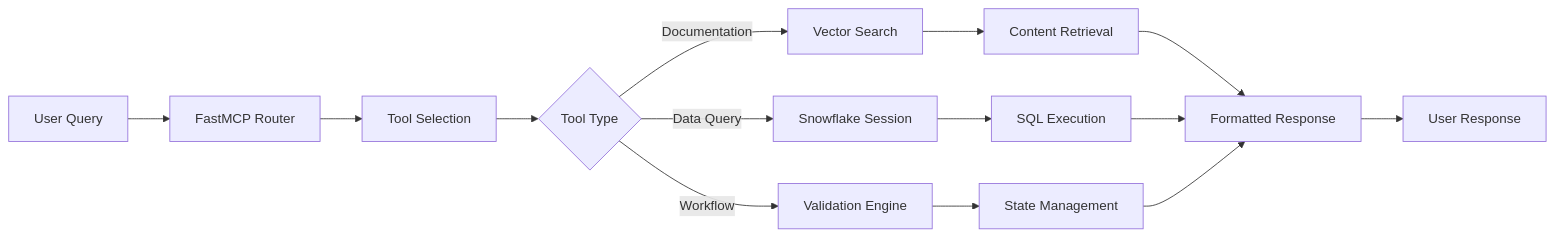
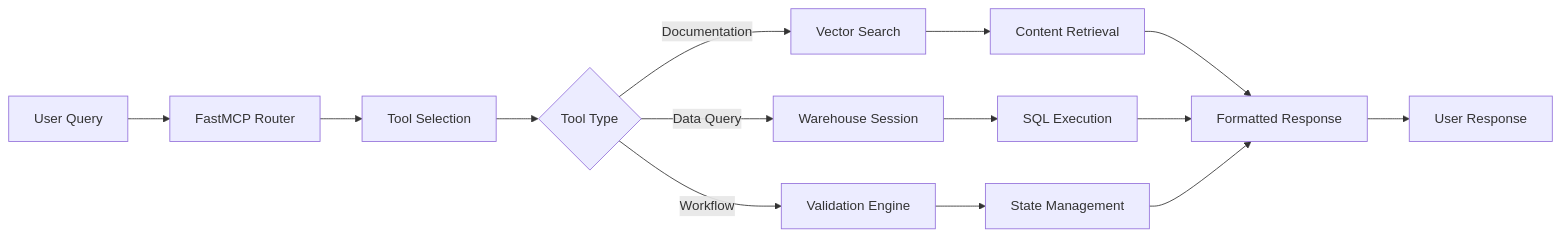
Before and after one commit to rudderlabs/profiles-mcp: the fourth of 8 diagrams in memory-bank/architecture_overview.md, drawn with Mermaid. The commit also changed other lines of this file and 9 other files, not shown here.

````diff
--- a/memory-bank/architecture_overview.md
+++ b/memory-bank/architecture_overview.md
@@ -161,20 +164,20 @@
 ```mermaid
 flowchart LR
     A[User Query] --> B[FastMCP Router]
     B --> C[Tool Selection]
     C --> D{Tool Type}
 
     D -->|Documentation| E[Vector Search]
-    D -->|Data Query| F[Snowflake Session]
+    D -->|Data Query| F[Warehouse Session]
     D -->|Workflow| G[Validation Engine]
 
     E --> H[Content Retrieval]
     F --> I[SQL Execution]
     G --> J[State Management]
 
     H --> K[Formatted Response]
     I --> K
     J --> K
 
     K --> L[User Response]
 ```
````
